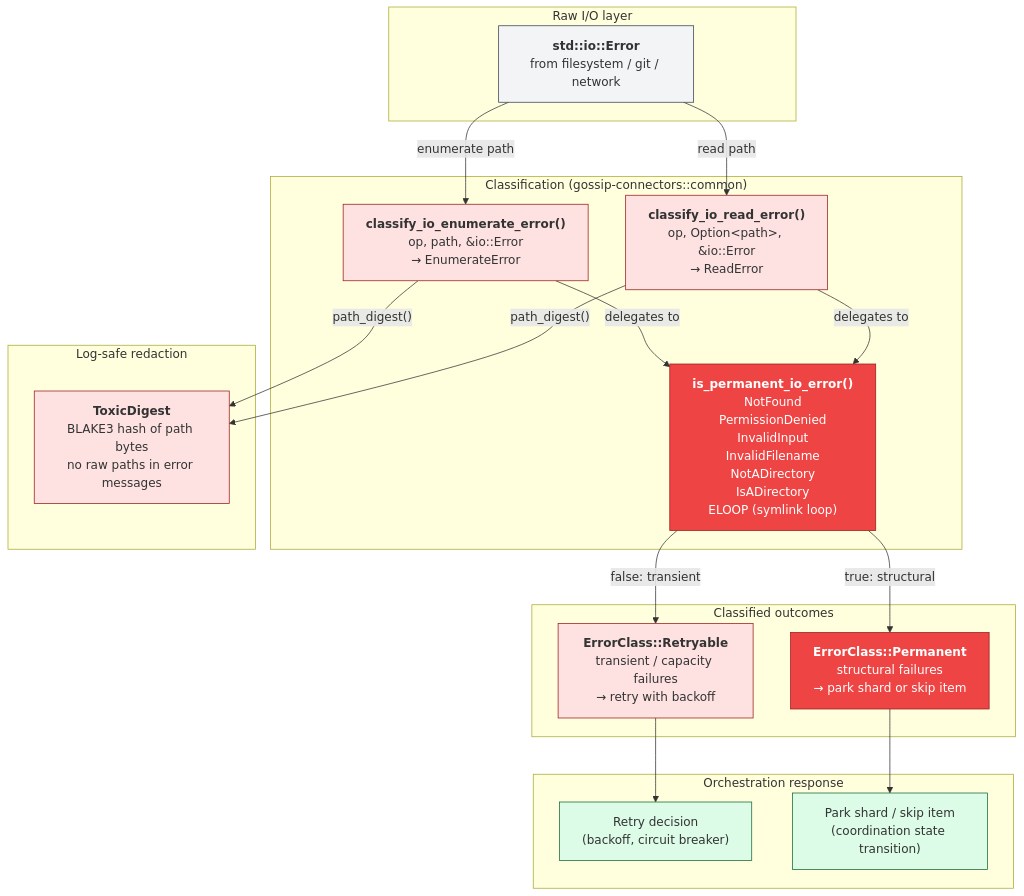
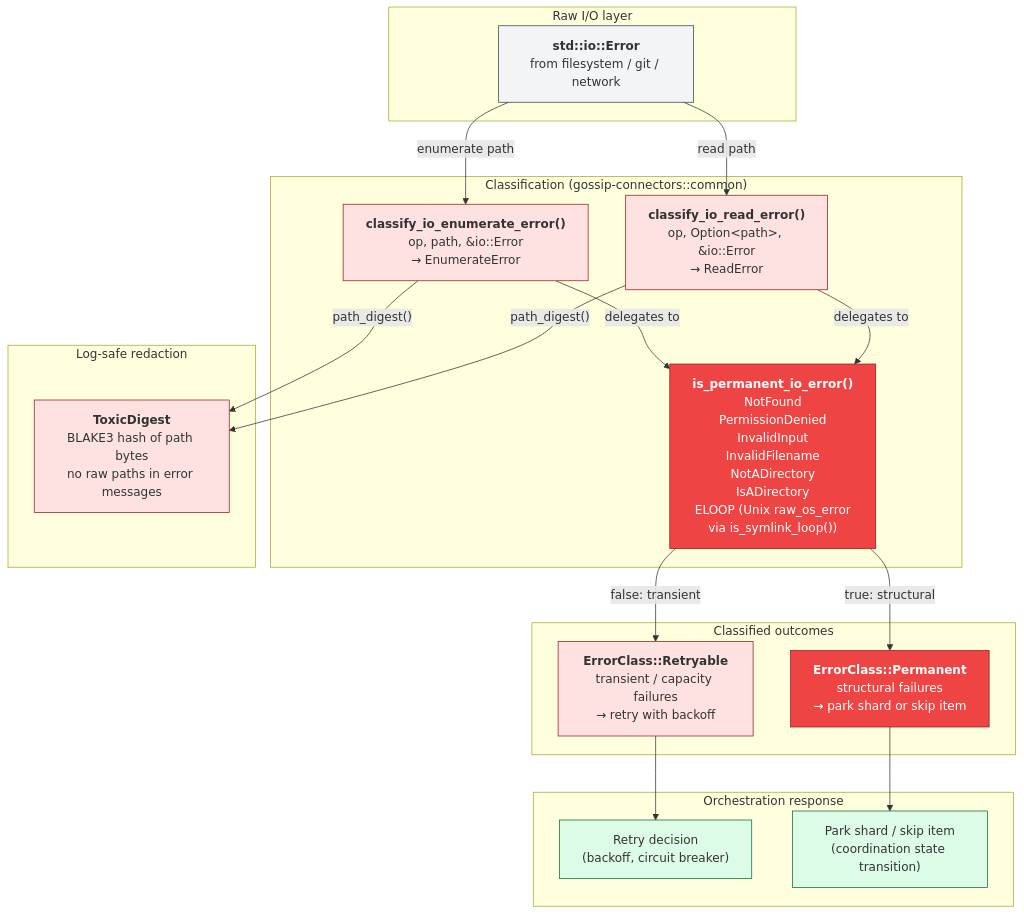
One commit to ahrav/Gossip-rs changed the fourth of 4 diagrams in diagrams/14-connector-architecture.md. Above: the diagram before and after it, drawn with Mermaid. The commit also changed other lines of this file and 3 other files, not shown here.

Commit message:
Clarify connector capabilities and persistence pipeline in diagrams and docs

````diff
--- a/diagrams/14-connector-architecture.md
+++ b/diagrams/14-connector-architecture.md
@@ -234,51 +239,51 @@
 ```mermaid
 %% Diagram: error-classification-flow
 graph TD
     subgraph IO["Raw I/O layer"]
         IOE["<b>std::io::Error</b><br/>from filesystem / git / network"]
     end
 
     subgraph Classify["Classification (gossip-connectors::common)"]
-        IPIE["<b>is_permanent_io_error()</b><br/>NotFound<br/>PermissionDenied<br/>InvalidInput<br/>InvalidFilename<br/>NotADirectory<br/>IsADirectory<br/>ELOOP (symlink loop)"]
+        IPIE["<b>is_permanent_io_error()</b><br/>NotFound<br/>PermissionDenied<br/>InvalidInput<br/>InvalidFilename<br/>NotADirectory<br/>IsADirectory<br/>ELOOP (Unix raw_os_error<br/>via is_symlink_loop())"]
         CIE2["<b>classify_io_enumerate_error()</b><br/>op, path, &io::Error<br/>→ EnumerateError"]
         CIR["<b>classify_io_read_error()</b><br/>op, Option&lt;path&gt;, &io::Error<br/>→ ReadError"]
     end
 
     IOE -->|"enumerate path"| CIE2
     IOE -->|"read path"| CIR
     CIE2 -->|"delegates to"| IPIE
     CIR -->|"delegates to"| IPIE
 
     subgraph Redaction["Log-safe redaction"]
         TD2["<b>ToxicDigest</b><br/>BLAKE3 hash of path bytes<br/>no raw paths in error messages"]
     end
 
     CIE2 -->|"path_digest()"| TD2
     CIR -->|"path_digest()"| TD2
 
     subgraph Outcomes["Classified outcomes"]
         RET["<b>ErrorClass::Retryable</b><br/>transient / capacity failures<br/>→ retry with backoff"]
         PERM["<b>ErrorClass::Permanent</b><br/>structural failures<br/>→ park shard or skip item"]
     end
 
     IPIE -->|"false: transient"| RET
     IPIE -->|"true: structural"| PERM
 
     subgraph Actions["Orchestration response"]
         RETRY["Retry decision<br/>(backoff, circuit breaker)"]
         PARK["Park shard / skip item<br/>(coordination state transition)"]
     end
 
     RET --> RETRY
     PERM --> PARK
 
     style IOE fill:#F3F4F6,stroke:#374151
     style IPIE fill:#EF4444,stroke:#991B1B,color:#fff
     style CIE2 fill:#FEE2E2,stroke:#991B1B
     style CIR fill:#FEE2E2,stroke:#991B1B
     style TD2 fill:#FEE2E2,stroke:#991B1B
     style RET fill:#FEE2E2,stroke:#991B1B
     style PERM fill:#EF4444,stroke:#991B1B,color:#fff
     style RETRY fill:#DCFCE7,stroke:#166534
     style PARK fill:#DCFCE7,stroke:#166534
 ```
````
